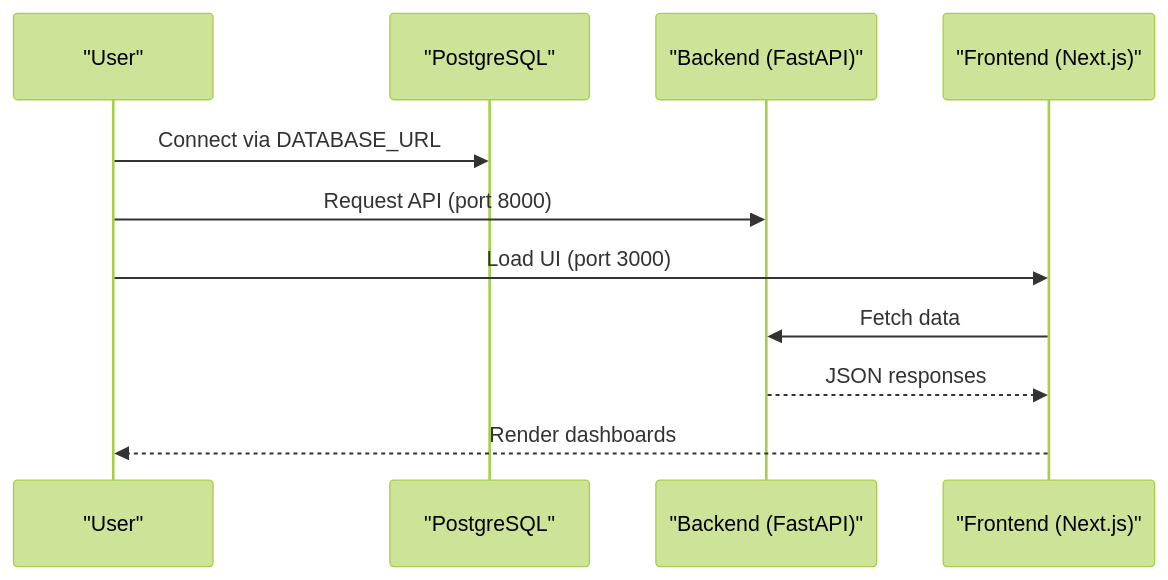
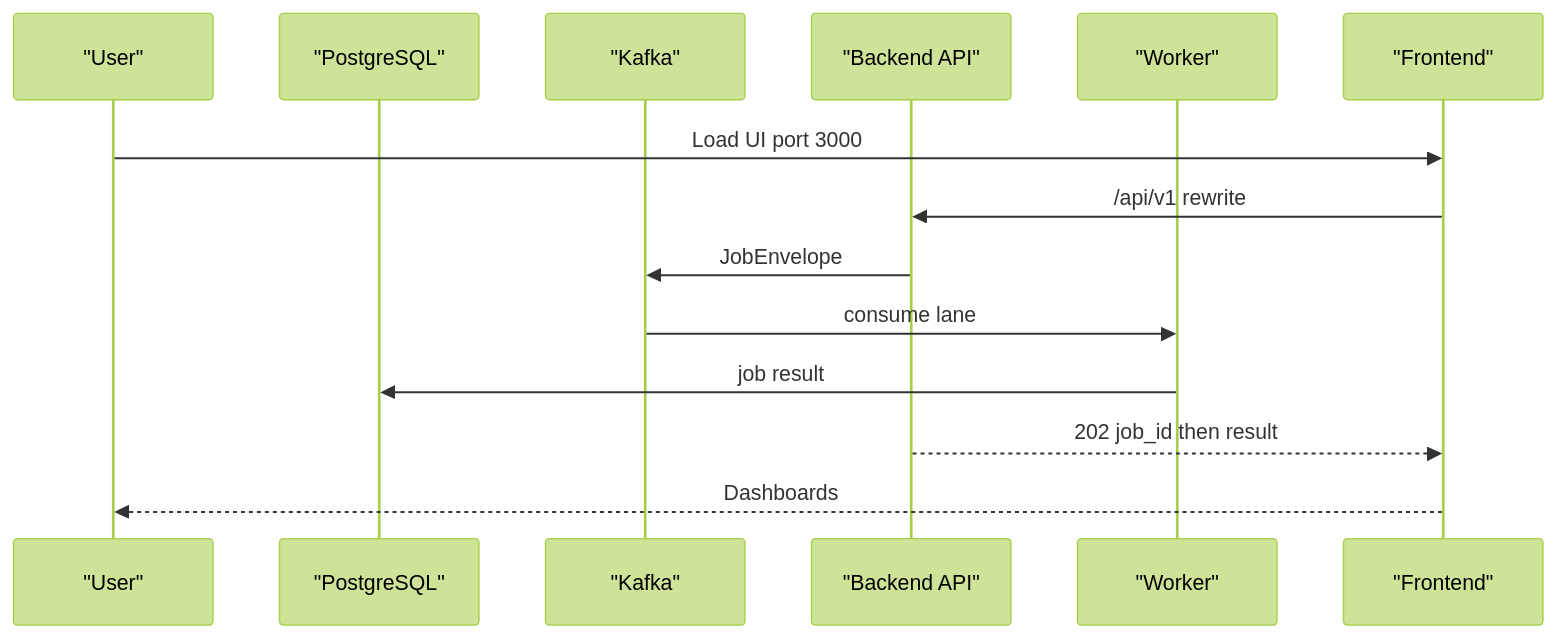
One commit to tashifkhan/tashif.codes changed the sixth of 8 diagrams in src/data/docs/talentsync/Getting Started.md. Above: the diagram before and after it, drawn with Mermaid (forest theme). The commit also changed other lines of this file and 2128 other files, not shown here.

First line of the commit message:
docs: replace raster diagram images with native Mermaid across project guides

````diff
--- a/src/data/docs/talentsync/Getting Started.md
+++ b/src/data/docs/talentsync/Getting Started.md
@@ -181,13 +245,16 @@
 ```mermaid
 sequenceDiagram
 participant User as "User"
 participant DB as "PostgreSQL"
-participant BE as "Backend (FastAPI)"
-participant FE as "Frontend (Next.js)"
-User->>DB : Connect via DATABASE_URL
-User->>BE : Request API (port 8000)
-User->>FE : Load UI (port 3000)
-FE->>BE : Fetch data
-BE-->>FE : JSON responses
-FE-->>User : Render dashboards
+participant K as "Kafka"
+participant BE as "Backend API"
+participant W as "Worker"
+participant FE as "Frontend"
+User->>FE : Load UI port 3000
+FE->>BE : /api/v1 rewrite
+BE->>K : JobEnvelope
+K->>W : consume lane
+W->>DB : job result
+BE-->>FE : 202 job_id then result
+FE-->>User : Dashboards
 ```
````
